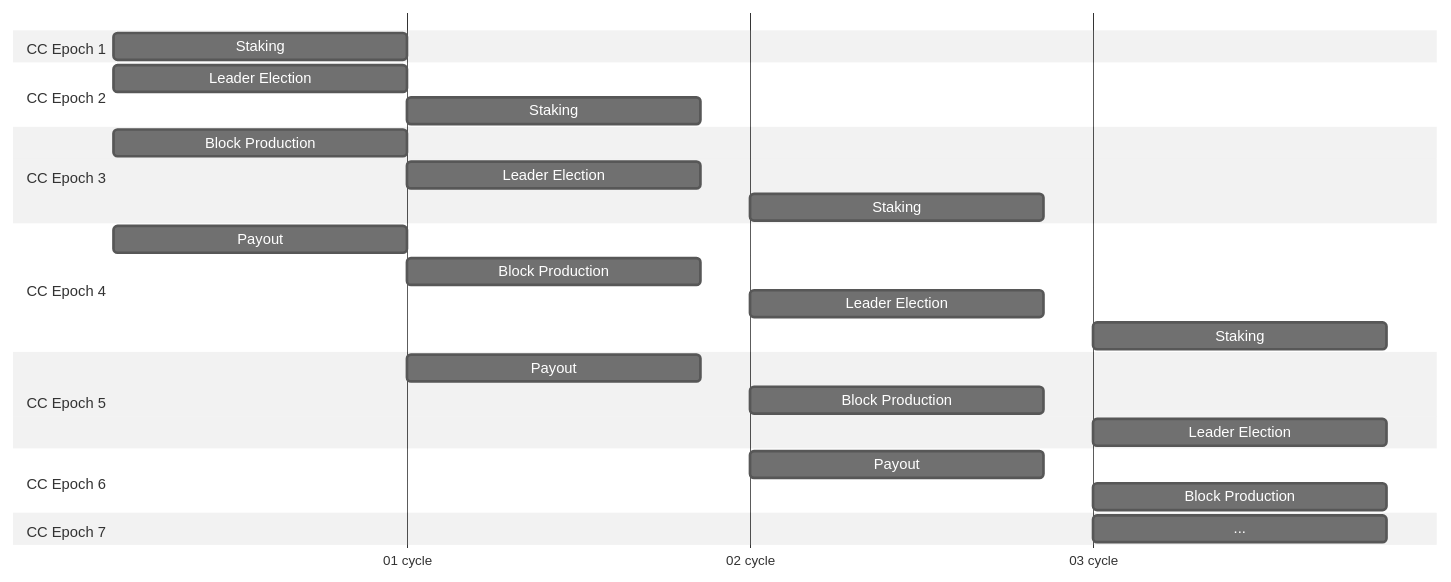
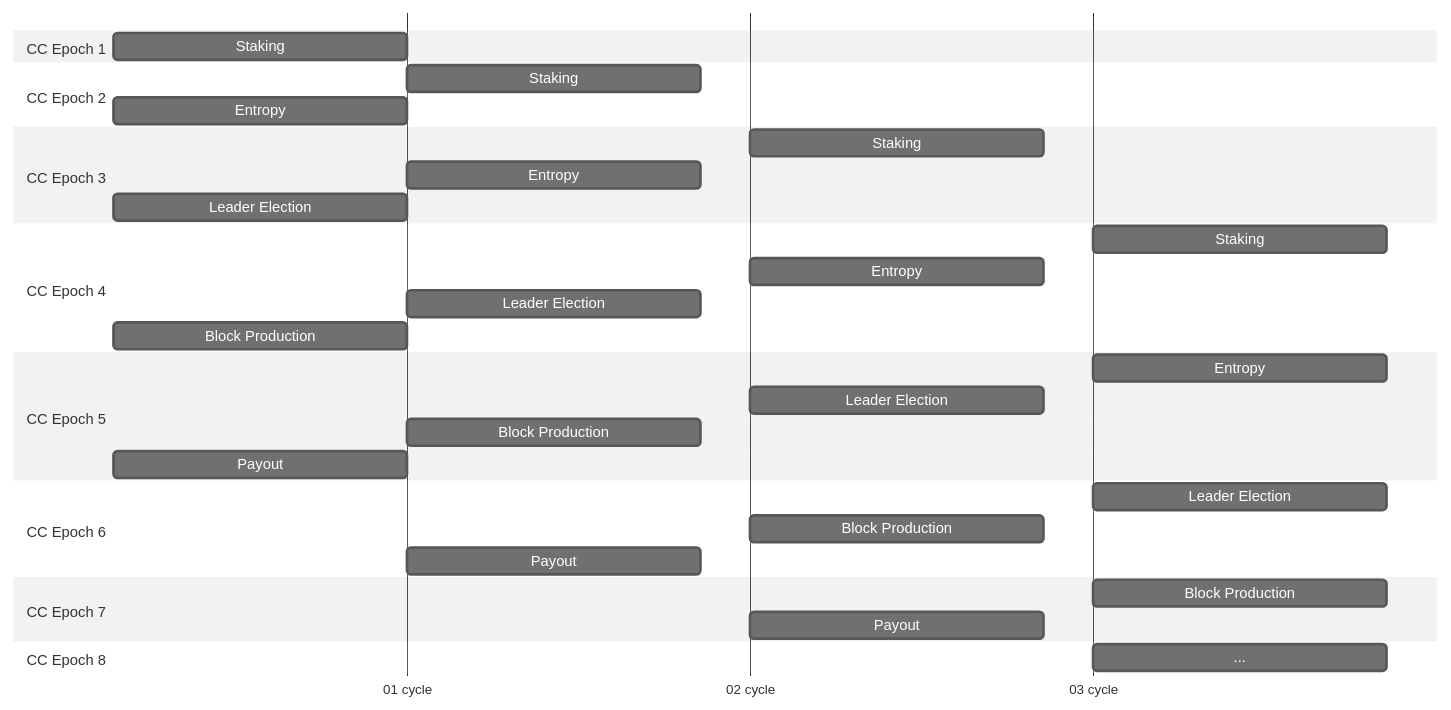
One commit to aeternity/hyperchains-whitepaper changed the first of 2 diagrams in glossary.md. Above: the diagram before and after it, drawn with Mermaid (neutral theme). The commit also changed other lines of this file, not shown here.

Commit message:
Update to 5 epochs.

````diff
--- a/glossary.md
+++ b/glossary.md
@@ -40,32 +40,44 @@
 ```mermaid
 gantt
     dateFormat  YYYY-MM-DD
     axisFormat  %W cycle
     tickInterval 1week
 
     section CC Epoch 1
     Staking          :a1, 2024-01-01, 6d
 
     section CC Epoch 2
-    Leader Election  :b1, 2024-01-01, 6d
     Staking          :a2, 2024-01-07, 6d
+    Entropy          :a1, 2024-01-01, 6d
 
     section CC Epoch 3
+    Staking          :c1, 2024-01-14, 6d
+    Entropy          :a2, 2024-01-07, 6d
+    Leader Election  :b1, 2024-01-01, 6d
+
+    section CC Epoch 4
+    Staking          :a1, 2024-01-21, 6d
+    Entropy          :c1, 2024-01-14, 6d
+    Leader Election  :b2, 2024-01-07, 6d
     Block Production :c1, 2024-01-01, 6d
-    Leader Election  :b2, 2024-01-07, 6d
-    Staking          :c1, 2024-01-14, 6d
-    section CC Epoch 4
+
+    section CC Epoch 5
+    Entropy          :b4, 2024-01-21, 6d
+    Leader Election  :b3, 2024-01-14, 6d
+    Block Production :c2, 2024-01-07, 6d
     Payout           :d1, 2024-01-01, 6d
-    Block Production :c2, 2024-01-07, 6d
-    Leader Election  :b3, 2024-01-14, 6d
-    Staking          :a1, 2024-01-21, 6d
-    section CC Epoch 5
+
+
+    section CC Epoch 6
+    Leader Election  :b4, 2024-01-21, 6d
+    Block Production :c3, 2024-01-14, 6d
     Payout           :d2, 2024-01-07, 6d
-    Block Production :c3, 2024-01-14, 6d
-    Leader Election  :b4, 2024-01-21, 6d
-    section CC Epoch 6
+
+
+    section CC Epoch 7
+    Block Production :c4, 2024-01-21, 6d
     Payout           :d3, 2024-01-14, 6d
-    Block Production :c4, 2024-01-21, 6d
-    section CC Epoch 7
+
+    section CC Epoch 8
     ... :c4, 2024-01-21, 6d
 ```
````
